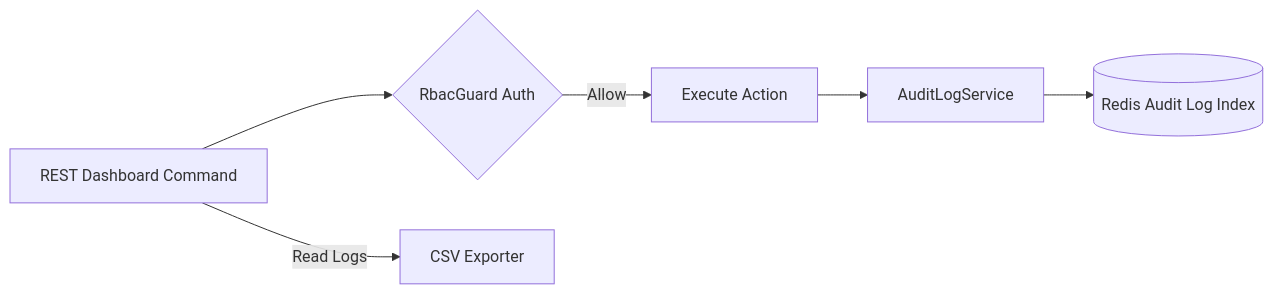
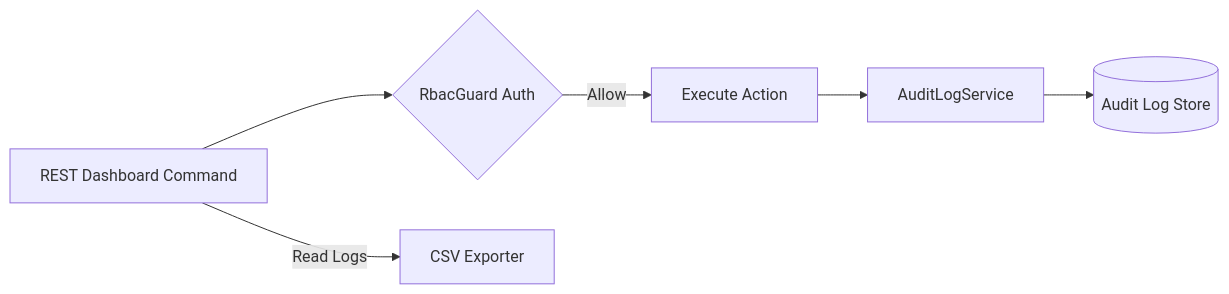
The diagram in docs/modules/audit-logging.md (bhrji4438/motus), drawn with Mermaid before and after one commit. The commit also changed other lines of this file and 41 other files, not shown here.

````diff
--- a/docs/modules/audit-logging.md
+++ b/docs/modules/audit-logging.md
@@ -21,8 +20,8 @@
 ```mermaid
 flowchart LR
     API[REST Dashboard Command] --> RBAC{RbacGuard Auth}
     RBAC -->|Allow| Action[Execute Action]
     Action --> Audit[AuditLogService]
-    Audit --> DB[(Redis Audit Log Index)]
+    Audit --> Store[(Audit Log Store)]
     API -->|Read Logs| Export[CSV Exporter]
 ```
````
